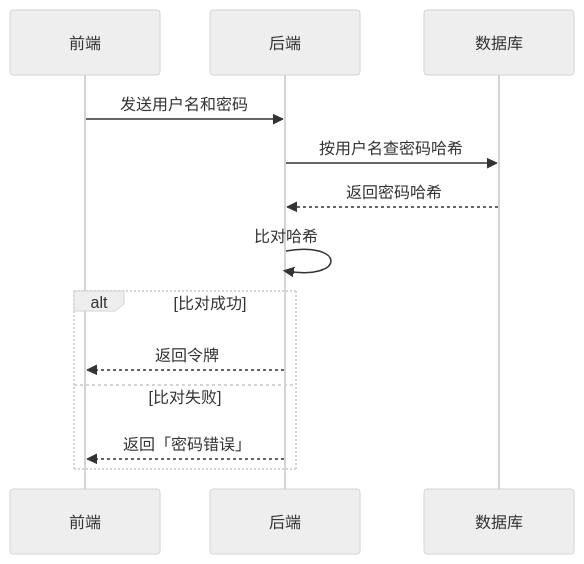
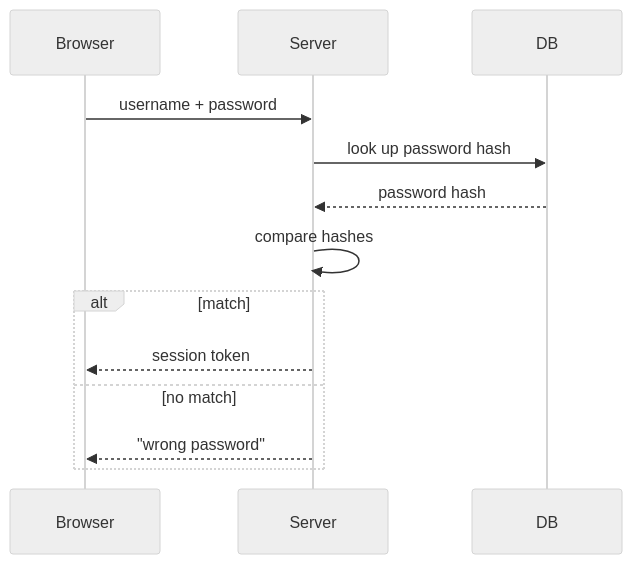
Before and after one commit to ChangWenC/understanding-ladder: the diagram in skills/understanding-ladder/references/level-2-diagram.md, drawn with Mermaid (neutral theme). The commit also changed other lines of this file and 16 other files, not shown here.

````diff
--- a/skills/understanding-ladder/references/level-2-diagram.md
+++ b/skills/understanding-ladder/references/level-2-diagram.md
@@ -50,15 +48,15 @@
 ```mermaid
 sequenceDiagram
-    participant 前端
-    participant 后端
-    participant 数据库
-    前端->>后端: 发送用户名和密码
-    后端->>数据库: 按用户名查密码哈希
-    数据库-->>后端: 返回密码哈希
-    后端->>后端: 比对哈希
-    alt 比对成功
-        后端-->>前端: 返回令牌
-    else 比对失败
-        后端-->>前端: 返回「密码错误」
+    participant Browser
+    participant Server
+    participant DB
+    Browser->>Server: username + password
+    Server->>DB: look up password hash
+    DB-->>Server: password hash
+    Server->>Server: compare hashes
+    alt match
+        Server-->>Browser: session token
+    else no match
+        Server-->>Browser: "wrong password"
     end
 ```
````
